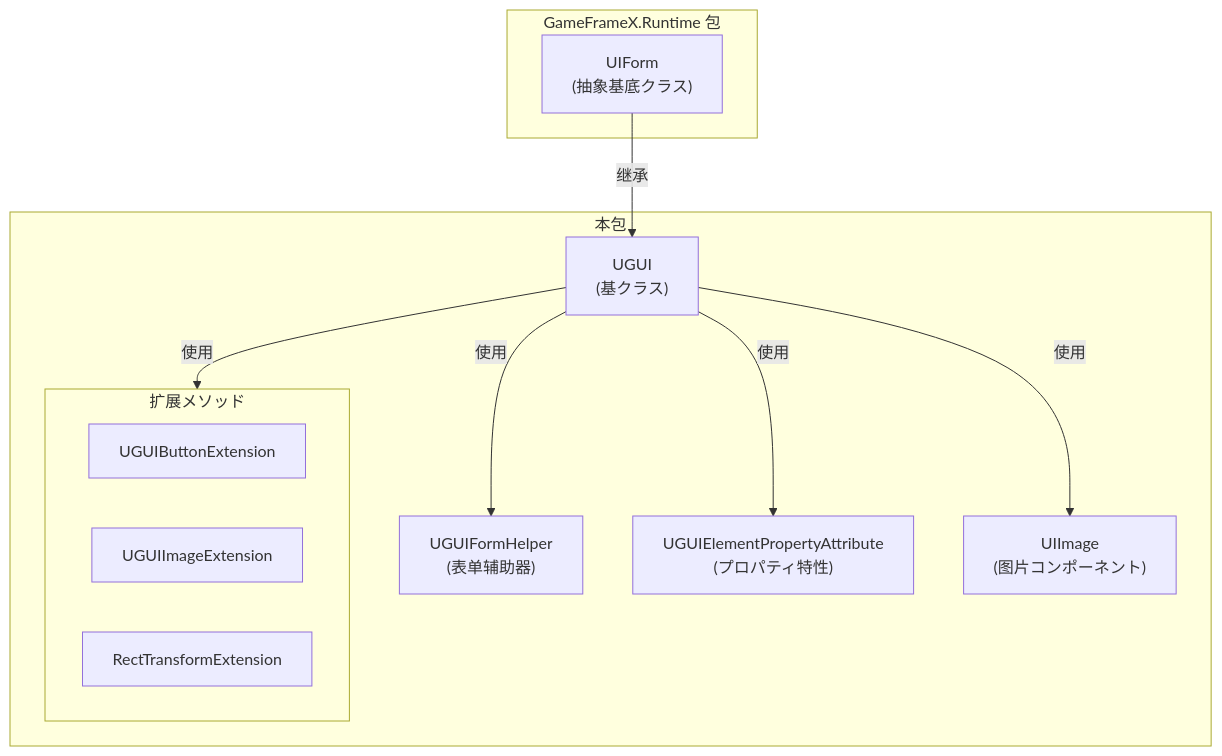
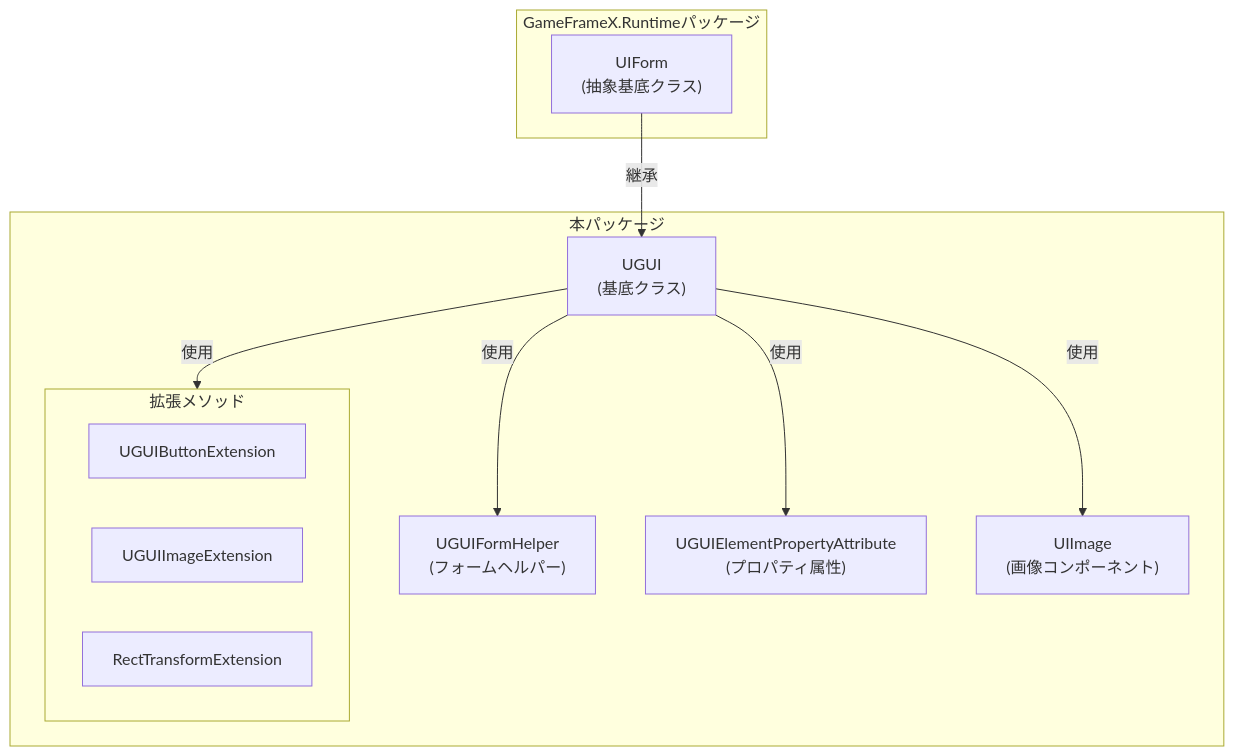
The first of 2 diagrams in docs/ja/client/unity/component/ui-ugui/06.ugui-base.md (AlianBlank/GameFrameX.Docs), drawn with Mermaid before and after one commit. The commit also changed other lines of this file and 320 other files, not shown here.

````diff
--- a/docs/ja/client/unity/component/ui-ugui/06.ugui-base.md
+++ b/docs/ja/client/unity/component/ui-ugui/06.ugui-base.md
@@ -36,25 +36,25 @@
 ```mermaid
 graph TD
-    subgraph GameFrameX.Runtime["GameFrameX.Runtime 包"]
+    subgraph GameFrameX.Runtime["GameFrameX.Runtimeパッケージ"]
         UIForm["UIForm<br/>(抽象基底クラス)"]
     end
 
-    subgraph GameFrameX.UI.UGUI["本包"]
-        UGUI["UGUI<br/>(基クラス)"]
-        UGUIFormHelper["UGUIFormHelper<br/>(表单辅助器)"]
-        UGUIElementPropertyAttribute["UGUIElementPropertyAttribute<br/>(プロパティ特性)"]
-        UIImage["UIImage<br/>(图片コンポーネント)"]
-        
-        subgraph Extensions["扩展メソッド"]
+    subgraph GameFrameX.UI.UGUI["本パッケージ"]
+        UGUI["UGUI<br/>(基底クラス)"]
+        UGUIFormHelper["UGUIFormHelper<br/>(フォームヘルパー)"]
+        UGUIElementPropertyAttribute["UGUIElementPropertyAttribute<br/>(プロパティ属性)"]
+        UIImage["UIImage<br/>(画像コンポーネント)"]
+
+        subgraph Extensions["拡張メソッド"]
             UGUIButtonExtension["UGUIButtonExtension"]
             UGUIImageExtension["UGUIImageExtension"]
             RectTransformExtension["RectTransformExtension"]
         end
     end
 
-    UIForm -->|"继承"| UGUI
+    UIForm -->|"継承"| UGUI
     UGUI -->|"使用"| UGUIFormHelper
     UGUI -->|"使用"| UGUIElementPropertyAttribute
     UGUI -->|"使用"| UIImage
     UGUI -->|"使用"| Extensions
 ```
````
